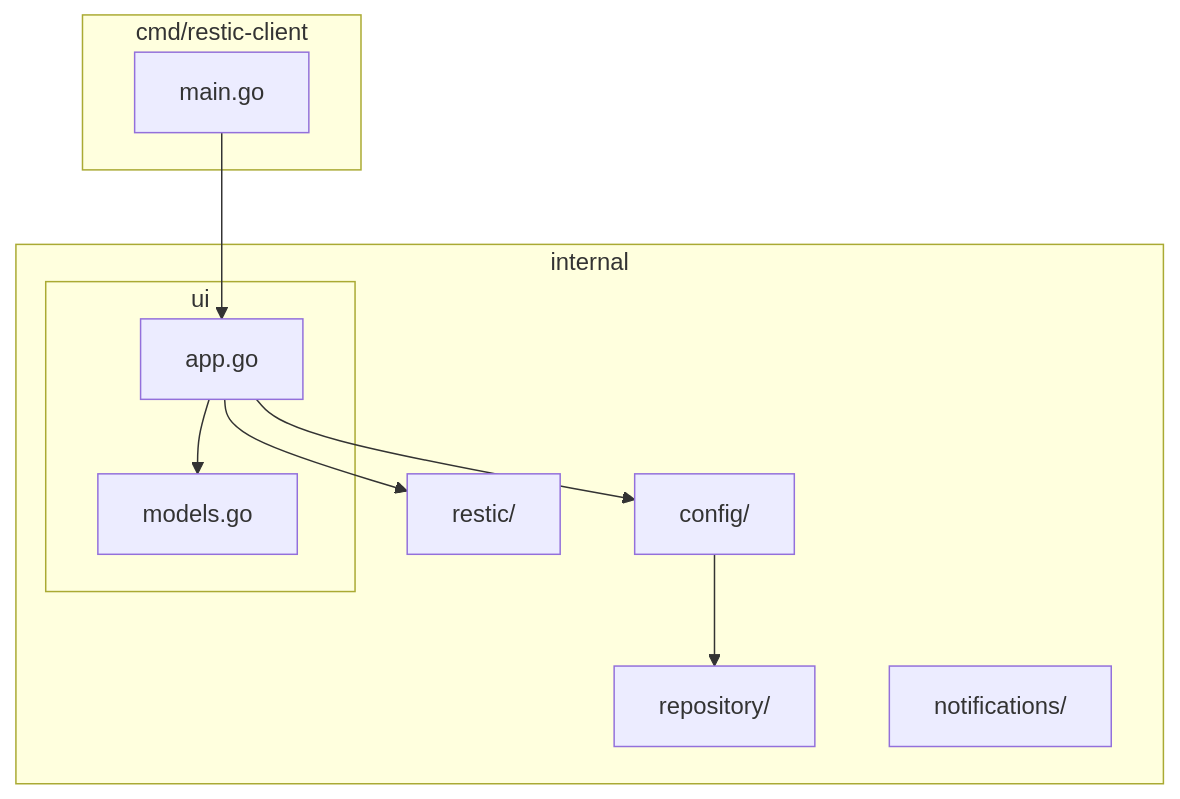
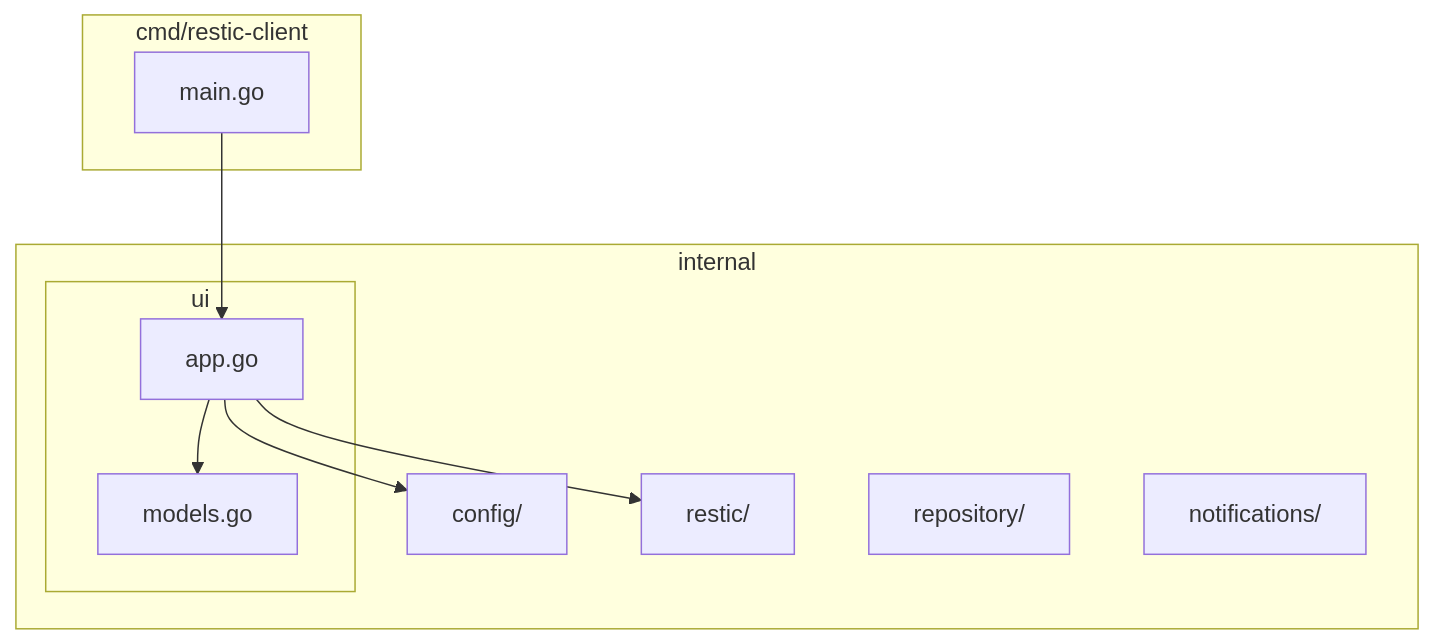
The first of 5 diagrams in DESIGN.md (gdellis/restic-backup), drawn with Mermaid before and after one commit. The commit also changed other lines of this file, not shown here.

Commit message:
Fix ER diagram: clarify Identity relationship, remove invalid dependency

````diff
--- a/DESIGN.md
+++ b/DESIGN.md
@@ -174,24 +174,23 @@
 ```mermaid
 graph TB
     subgraph cmd/restic-client
         main[main.go]
     end
     
     subgraph internal
         subgraph ui
             app[app.go]
             models[models.go]
         end
         
         config[config/]
         restic[restic/]
         repository[repository/]
         notifications[notifications/]
     end
     
     main --> app
     app --> models
     app --> config
     app --> restic
-    config --> repository
 ```
````
